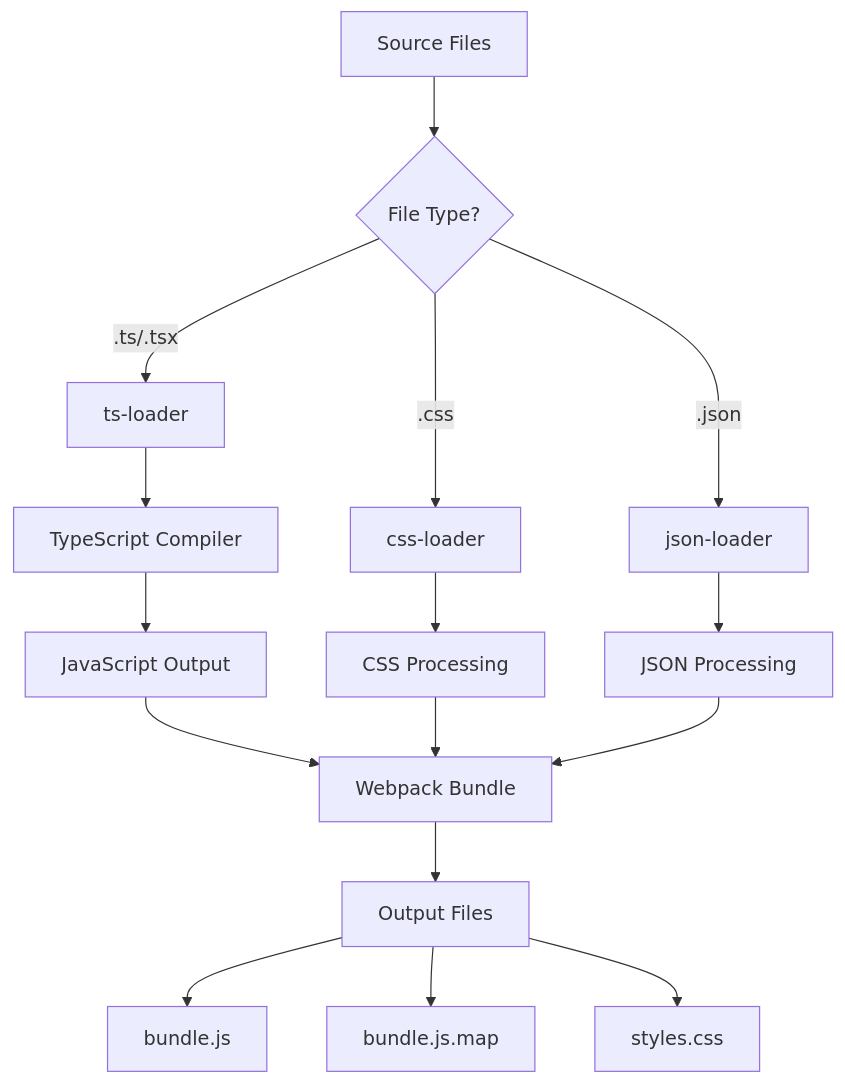
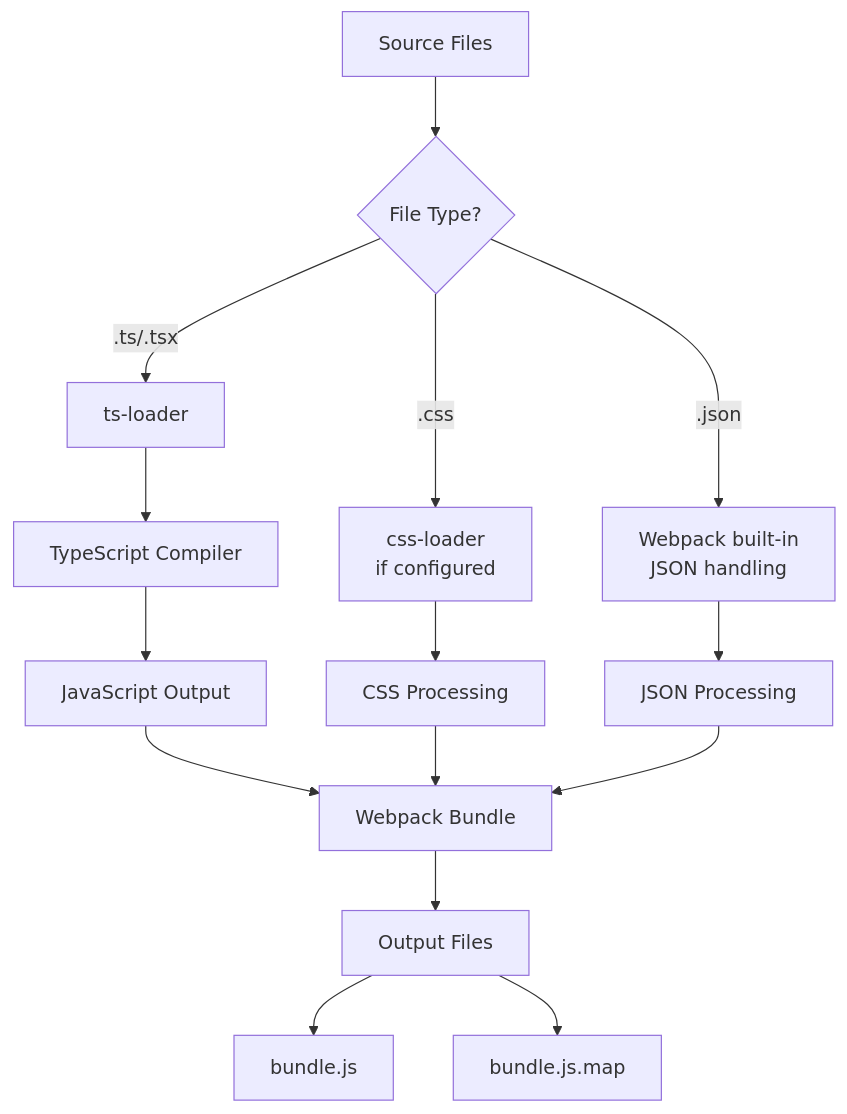
The second of 4 diagrams in posts/2026-01-24-typescript-webpack-configuration/README.md (OneUptime/blog), drawn with Mermaid before and after one commit. The commit also changed other lines of this file and 876 other files, not shown here.

````diff
--- a/posts/2026-01-24-typescript-webpack-configuration/README.md
+++ b/posts/2026-01-24-typescript-webpack-configuration/README.md
@@ -153,18 +154,17 @@
 ```mermaid
 flowchart TD
     A[Source Files] --> B{File Type?}
     B -->|.ts/.tsx| C[ts-loader]
-    B -->|.css| D[css-loader]
-    B -->|.json| E[json-loader]
+    B -->|.css| D[css-loader<br/>if configured]
+    B -->|.json| E[Webpack built-in<br/>JSON handling]
     C --> F[TypeScript Compiler]
     F --> G[JavaScript Output]
     D --> H[CSS Processing]
     E --> I[JSON Processing]
     G --> J[Webpack Bundle]
     H --> J
     I --> J
     J --> K[Output Files]
     K --> L[bundle.js]
     K --> M[bundle.js.map]
-    K --> N[styles.css]
 ```
````
